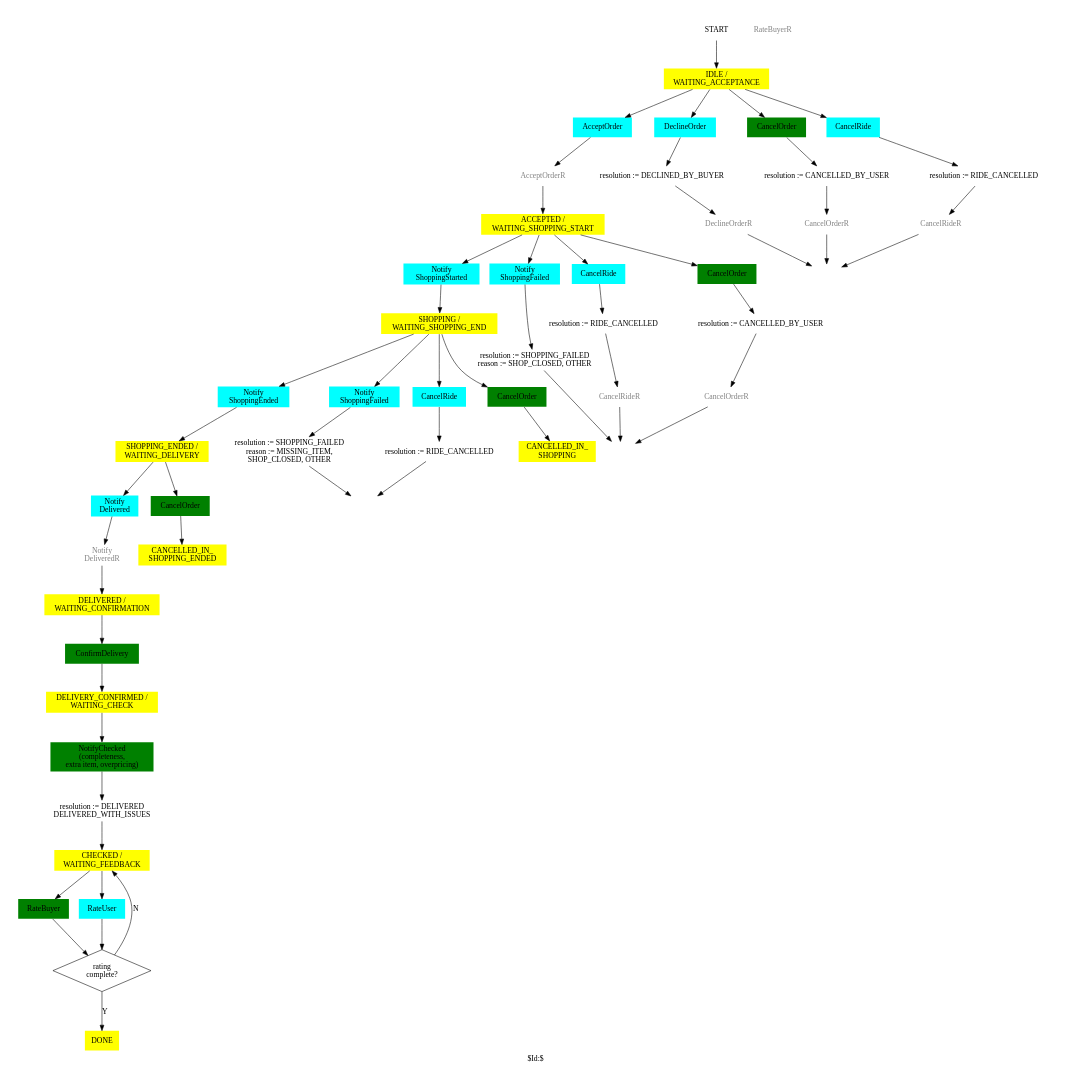
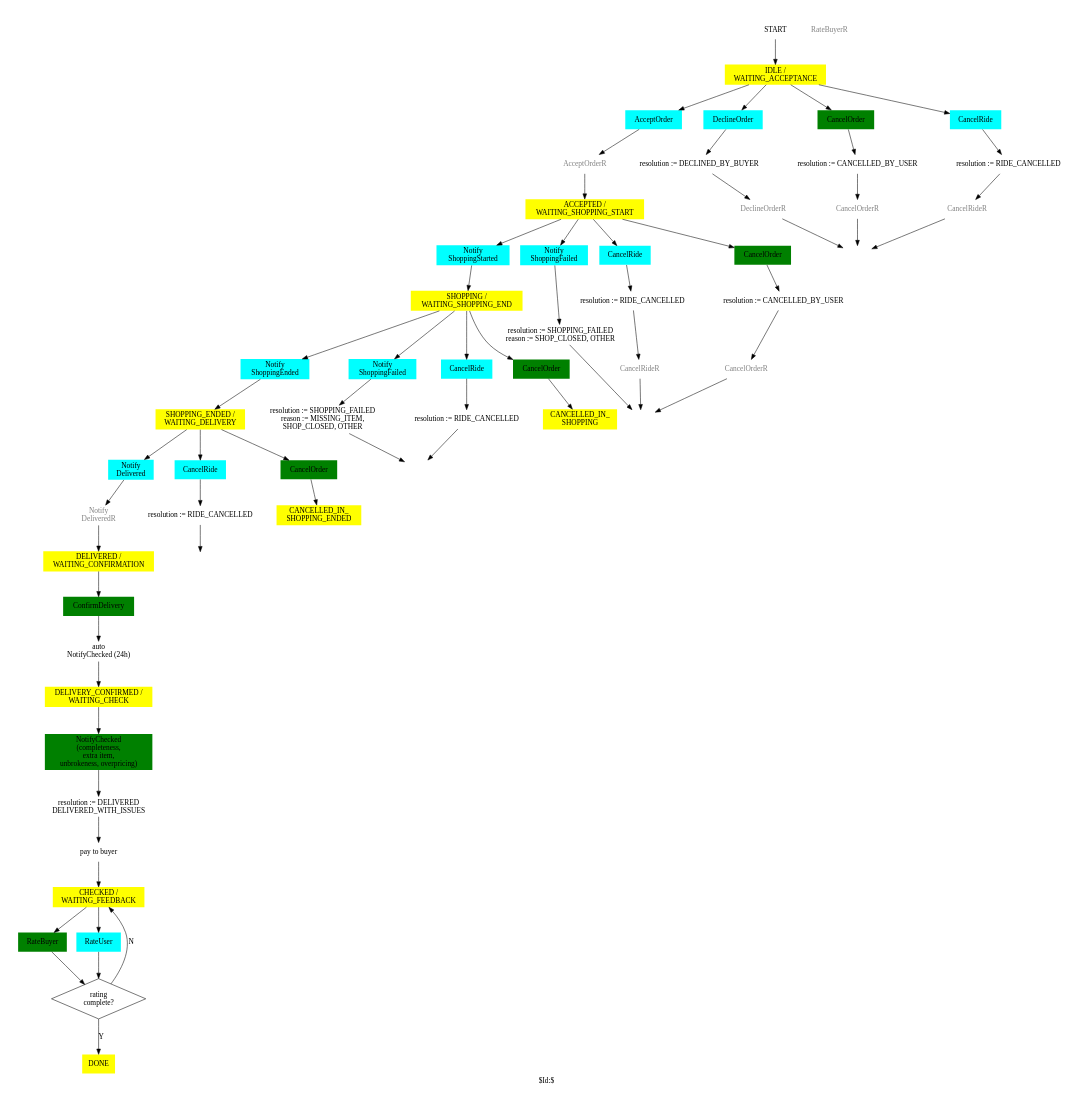
One commit to trodevel/lieferbay_protocol changed the diagram in docs/Order.gv. Above: the diagram before and after it, drawn with Graphviz.

Commit message:
DOC: intermediate results

```diff
--- a/docs/Order.gv
+++ b/docs/Order.gv
@@ -1,134 +1,140 @@
 # Order FSM.
 #
 # Copyright (C) 2019 Sergey Kolevatov
 #
 # This program is free software: you can redistribute it and/or modify
 # it under the terms of the GNU General Public License as published by
 # the Free Software Foundation, either version 3 of the License, or
 # (at your option) any later version.
 #
 # This program is distributed in the hope that it will be useful,
 # but WITHOUT ANY WARRANTY; without even the implied warranty of
 # MERCHANTABILITY or FITNESS FOR A PARTICULAR PURPOSE. See the
 # GNU General Public License for more details.
 #
 # You should have received a copy of the GNU General Public License
 # along with this program. If not, see <http://www.gnu.org/licenses/>.
 #
 # SKV 19a31
 #
 # $Id:$
 #
 # execute: FL=Order; dot -l sdl.ps -Tps $FL.gv -o $FL.ps; ps2pdf $FL.ps $FL.pdf
 
 digraph Order
 {
 
 label="$Id:$";
 
 size="7,7";
 ratio=fill;
 splines=true;
 node [peripheries=0 style=filled fillcolor=white]
 
 ######################################################
 # states
 
 START                           [ shape = sdl_start ]
 WAITING_ACCEPTANCE              [ label = "IDLE /\nWAITING_ACCEPTANCE"            shape = sdl_state fillcolor=yellow ]
 ACCEPTED_WAITING_SHOPPING_START [ label = "ACCEPTED /\nWAITING_SHOPPING_START"    shape = sdl_state fillcolor=yellow ]
 SHOPPING_WAITING_SHOPPING_END   [ label = "SHOPPING /\nWAITING_SHOPPING_END"      shape = sdl_state fillcolor=yellow ]
 CANCELLED_IN_SHOPPING           [ label = "CANCELLED_IN_\nSHOPPING"               shape = sdl_state fillcolor=yellow ]
 SHOPPING_ENDED_WAITING_DELIVERY [ label = "SHOPPING_ENDED /\nWAITING_DELIVERY"    shape = sdl_state fillcolor=yellow ]
 CANCELLED_IN_SHOPPING_ENDED     [ label = "CANCELLED_IN_\nSHOPPING_ENDED"         shape = sdl_state fillcolor=yellow ]
 DELIVERED_WAITING_CONFIRMATION  [ label = "DELIVERED /\nWAITING_CONFIRMATION"     shape = sdl_state fillcolor=yellow ]
 DELIVERY_CONFIRMED_WAITING_CHECK [ label = "DELIVERY_CONFIRMED /\nWAITING_CHECK"   shape = sdl_state fillcolor=yellow ]
 CHECKED_WAITING_FEEDBACK        [ label = "CHECKED /\nWAITING_FEEDBACK"           shape = sdl_state fillcolor=yellow ]
 END                             [ label = ""                              shape = sdl_stop  style=solid ]
 DONE                            [ label = "DONE"                                  shape = sdl_state fillcolor=yellow ]
 
 ######################################################
 # actions
 
 WAITING_ACCEPTANCE__ACCEPT_ORDER            [ label="AcceptOrder"                       shape = sdl_input_from_right fillcolor=cyan ]
 WAITING_ACCEPTANCE__SEND_ACCEPT_ORDER       [ label="AcceptOrderR"                      shape = sdl_output_to_right  color=gray fontcolor=gray ]
 WAITING_ACCEPTANCE__DECLINE_ORDER           [ label="DeclineOrder"                      shape = sdl_input_from_right fillcolor=cyan ]
 WAITING_ACCEPTANCE__SEND_DECLINE_ORDER      [ label="DeclineOrderR"                     shape = sdl_output_to_right  color=gray fontcolor=gray ]
 WAITING_ACCEPTANCE__CANCEL_ORDER            [ label="CancelOrder"                       shape = sdl_input_from_left  fillcolor=green ]
 WAITING_ACCEPTANCE__SEND_CANCEL_ORDER       [ label="CancelOrderR"                      shape = sdl_output_to_left   color=gray fontcolor=gray ]
 WAITING_ACCEPTANCE__CANCEL_RIDE             [ label="CancelRide"                        shape = sdl_input_from_right fillcolor=cyan ]
 WAITING_ACCEPTANCE__SEND_CANCEL_RIDE        [ label="CancelRideR"                       shape = sdl_output_to_right  color=gray fontcolor=gray ]
 WAITING_ACCEPTANCE__RESOL_1                 [ label="resolution := CANCELLED_BY_USER"   shape = sdl_task ]
 WAITING_ACCEPTANCE__RESOL_2                 [ label="resolution := DECLINED_BY_BUYER" shape = sdl_task ]
 WAITING_ACCEPTANCE__RESOL_3                 [ label="resolution := RIDE_CANCELLED"      shape = sdl_task ]
 
 ACCEPTED_WAITING_SHOPPING_START__SHOPPING_STARTED [ label="Notify\nShoppingStarted"           shape = sdl_input_from_right fillcolor=cyan ]
 ACCEPTED_WAITING_SHOPPING_START__SHOPPING_FAILED  [ label="Notify\nShoppingFailed"            shape = sdl_input_from_right fillcolor=cyan ]
 ACCEPTED_WAITING_SHOPPING_START__CANCEL_RIDE      [ label="CancelRide"                        shape = sdl_input_from_right fillcolor=cyan ]
 ACCEPTED_WAITING_SHOPPING_START__SEND_CANCEL_RIDE [ label="CancelRideR"                       shape = sdl_output_to_right color=gray fontcolor=gray ]
 ACCEPTED_WAITING_SHOPPING_START__CANCEL_ORDER     [ label="CancelOrder"                       shape = sdl_input_from_left  fillcolor=green ]
 ACCEPTED_WAITING_SHOPPING_START__SEND_CANCEL_ORDER    [ label="CancelOrderR"                  shape = sdl_output_to_left color=gray fontcolor=gray ]
 #ACCEPTED_WAITING_SHOPPING_START__CANCEL_ORDER_2   [ label="CancelOrder"                       shape = sdl_input_from_right fillcolor=cyan ]
 #ACCEPTED_WAITING_SHOPPING_START__SEND_CANCEL_ORDER_2  [ label="CancelOrderR"                  shape = sdl_output_to_right ]
 ACCEPTED_WAITING_SHOPPING_START__RESOL_1          [ label="resolution := RIDE_CANCELLED"      shape = sdl_task ]
 ACCEPTED_WAITING_SHOPPING_START__RESOL_2          [ label="resolution := CANCELLED_BY_USER"   shape = sdl_task ]
 ACCEPTED_WAITING_SHOPPING_START__RESOL_3          [ label="resolution := SHOPPING_FAILED\nreason := SHOP_CLOSED, OTHER"     shape = sdl_task ]
 ACCEPTED_WAITING_SHOPPING_START__END              [ label = ""                                shape = sdl_stop  style=solid ]
 
 
 SHOPPING_WAITING_SHOPPING_END__SHOPPING_ENDED     [ label="Notify\nShoppingEnded"             shape = sdl_input_from_right fillcolor=cyan ]
 SHOPPING_WAITING_SHOPPING_END__SHOPPING_FAILED    [ label="Notify\nShoppingFailed"            shape = sdl_input_from_right fillcolor=cyan ]
 SHOPPING_WAITING_SHOPPING_END__CANCEL_RIDE        [ label="CancelRide"                        shape = sdl_input_from_right fillcolor=cyan ]
 SHOPPING_WAITING_SHOPPING_END__CANCEL_ORDER       [ label="CancelOrder"                       shape = sdl_input_from_left  fillcolor=green ]
 SHOPPING_WAITING_SHOPPING_END__RESOL_1            [ label="resolution := RIDE_CANCELLED"      shape = sdl_task ]
 SHOPPING_WAITING_SHOPPING_END__RESOL_3            [ label="resolution := SHOPPING_FAILED\nreason := MISSING_ITEM,\nSHOP_CLOSED, OTHER"     shape = sdl_task ]
 SHOPPING_WAITING_SHOPPING_END__END                [ label = ""                                shape = sdl_stop  style=solid ]
 
 SHOPPING_ENDED_WAITING_DELIVERY__DELIVERED        [ label="Notify\nDelivered"                 shape = sdl_input_from_right fillcolor=cyan ]
+SHOPPING_ENDED_WAITING_DELIVERY__CANCEL_RIDE      [ label="CancelRide"                        shape = sdl_input_from_right fillcolor=cyan ]
 SHOPPING_ENDED_WAITING_DELIVERY__CANCEL_ORDER     [ label="CancelOrder"                       shape = sdl_input_from_left  fillcolor=green ]
 SHOPPING_ENDED_WAITING_DELIVERY__SEND_DELIVERED   [ label="Notify\nDeliveredR"                shape = sdl_output_to_right  color=gray fontcolor=gray ]
+SHOPPING_ENDED_WAITING_DELIVERY__RESOL_1          [ label="resolution := RIDE_CANCELLED"      shape = sdl_task ]
+SHOPPING_ENDED_WAITING_DELIVERY__END              [ label = ""                                shape = sdl_stop  style=solid ]
 
 DELIVERED_WAITING_CONFIRMATION__CONFIRM           [ label="ConfirmDelivery"                   shape = sdl_input_from_left  fillcolor=green ]
+DELIVERED_WAITING_CONFIRMATION__SET_TIMER         [ label="auto\nNotifyChecked (24h)"         shape = sdl_set ]
 
-DELIVERY_CONFIRMED_WAITING_CHECK__CHECK           [ label="NotifyChecked\n(completeness,\nextra item, overpricing)"   shape = sdl_input_from_left  fillcolor=green ]
+DELIVERY_CONFIRMED_WAITING_CHECK__CHECK           [ label="NotifyChecked\n(completeness,\nextra item,\nunbrokeness, overpricing)"   shape = sdl_input_from_left  fillcolor=green ]
 DELIVERY_CONFIRMED_WAITING_CHECK__RESOL_1         [ label="resolution := DELIVERED\nDELIVERED_WITH_ISSUES"        shape = sdl_task ]
+DELIVERY_CONFIRMED_WAITING_CHECK__CALL_PAY        [ label="pay to buyer"                      shape = sdl_call ]
 
 CHECKED_WAITING_FEEDBACK__RATE_BUYER    [ label="RateBuyer"                        shape = sdl_input_from_left  fillcolor=green ]
 CHECKED_WAITING_FEEDBACK__SEND_RATE_BUYER    [ label="RateBuyerR"                  shape = sdl_output_to_left   color=gray fontcolor=gray ]
 CHECKED_WAITING_FEEDBACK__RATE_USER     [ label="RateUser"                         shape = sdl_input_from_right fillcolor=cyan ]
 CHECKED_WAITING_FEEDBACK__RATING_COMPLETE [ label="rating\ncomplete?"              shape = diamond peripheries=1]
 
 ######################################################
 # transitions
 
 START -> WAITING_ACCEPTANCE
 
 WAITING_ACCEPTANCE -> WAITING_ACCEPTANCE__ACCEPT_ORDER   -> WAITING_ACCEPTANCE__SEND_ACCEPT_ORDER -> ACCEPTED_WAITING_SHOPPING_START
 WAITING_ACCEPTANCE -> WAITING_ACCEPTANCE__CANCEL_ORDER   -> WAITING_ACCEPTANCE__RESOL_1 -> WAITING_ACCEPTANCE__SEND_CANCEL_ORDER  -> END
 WAITING_ACCEPTANCE -> WAITING_ACCEPTANCE__DECLINE_ORDER  -> WAITING_ACCEPTANCE__RESOL_2 -> WAITING_ACCEPTANCE__SEND_DECLINE_ORDER -> END
 WAITING_ACCEPTANCE -> WAITING_ACCEPTANCE__CANCEL_RIDE    -> WAITING_ACCEPTANCE__RESOL_3 -> WAITING_ACCEPTANCE__SEND_CANCEL_RIDE   -> END
 
 ACCEPTED_WAITING_SHOPPING_START -> ACCEPTED_WAITING_SHOPPING_START__CANCEL_RIDE    -> ACCEPTED_WAITING_SHOPPING_START__RESOL_1 -> ACCEPTED_WAITING_SHOPPING_START__SEND_CANCEL_RIDE    -> ACCEPTED_WAITING_SHOPPING_START__END
 ACCEPTED_WAITING_SHOPPING_START -> ACCEPTED_WAITING_SHOPPING_START__CANCEL_ORDER   -> ACCEPTED_WAITING_SHOPPING_START__RESOL_2 -> ACCEPTED_WAITING_SHOPPING_START__SEND_CANCEL_ORDER   -> ACCEPTED_WAITING_SHOPPING_START__END
 
 ACCEPTED_WAITING_SHOPPING_START -> ACCEPTED_WAITING_SHOPPING_START__SHOPPING_STARTED -> SHOPPING_WAITING_SHOPPING_END
 ACCEPTED_WAITING_SHOPPING_START -> ACCEPTED_WAITING_SHOPPING_START__SHOPPING_FAILED  -> ACCEPTED_WAITING_SHOPPING_START__RESOL_3 -> ACCEPTED_WAITING_SHOPPING_START__END
 
 SHOPPING_WAITING_SHOPPING_END -> SHOPPING_WAITING_SHOPPING_END__SHOPPING_ENDED  -> SHOPPING_ENDED_WAITING_DELIVERY
 SHOPPING_WAITING_SHOPPING_END -> SHOPPING_WAITING_SHOPPING_END__CANCEL_RIDE     -> SHOPPING_WAITING_SHOPPING_END__RESOL_1 -> SHOPPING_WAITING_SHOPPING_END__END
 SHOPPING_WAITING_SHOPPING_END -> SHOPPING_WAITING_SHOPPING_END__SHOPPING_FAILED -> SHOPPING_WAITING_SHOPPING_END__RESOL_3 -> SHOPPING_WAITING_SHOPPING_END__END
 SHOPPING_WAITING_SHOPPING_END -> SHOPPING_WAITING_SHOPPING_END__CANCEL_ORDER    -> CANCELLED_IN_SHOPPING
 
+SHOPPING_ENDED_WAITING_DELIVERY -> SHOPPING_ENDED_WAITING_DELIVERY__CANCEL_RIDE    -> SHOPPING_ENDED_WAITING_DELIVERY__RESOL_1 -> SHOPPING_ENDED_WAITING_DELIVERY__END
 SHOPPING_ENDED_WAITING_DELIVERY -> SHOPPING_ENDED_WAITING_DELIVERY__DELIVERED      -> SHOPPING_ENDED_WAITING_DELIVERY__SEND_DELIVERED -> DELIVERED_WAITING_CONFIRMATION
 SHOPPING_ENDED_WAITING_DELIVERY -> SHOPPING_ENDED_WAITING_DELIVERY__CANCEL_ORDER   -> CANCELLED_IN_SHOPPING_ENDED
 
-DELIVERED_WAITING_CONFIRMATION -> DELIVERED_WAITING_CONFIRMATION__CONFIRM  -> DELIVERY_CONFIRMED_WAITING_CHECK
+DELIVERED_WAITING_CONFIRMATION -> DELIVERED_WAITING_CONFIRMATION__CONFIRM  -> DELIVERED_WAITING_CONFIRMATION__SET_TIMER -> DELIVERY_CONFIRMED_WAITING_CHECK
 
-DELIVERY_CONFIRMED_WAITING_CHECK -> DELIVERY_CONFIRMED_WAITING_CHECK__CHECK -> DELIVERY_CONFIRMED_WAITING_CHECK__RESOL_1 -> CHECKED_WAITING_FEEDBACK
+DELIVERY_CONFIRMED_WAITING_CHECK -> DELIVERY_CONFIRMED_WAITING_CHECK__CHECK -> DELIVERY_CONFIRMED_WAITING_CHECK__RESOL_1 -> DELIVERY_CONFIRMED_WAITING_CHECK__CALL_PAY -> CHECKED_WAITING_FEEDBACK
 
 CHECKED_WAITING_FEEDBACK -> CHECKED_WAITING_FEEDBACK__RATE_BUYER -> CHECKED_WAITING_FEEDBACK__RATING_COMPLETE
 CHECKED_WAITING_FEEDBACK -> CHECKED_WAITING_FEEDBACK__RATE_USER  -> CHECKED_WAITING_FEEDBACK__RATING_COMPLETE
                                                                                           CHECKED_WAITING_FEEDBACK__RATING_COMPLETE -> DONE [ label="Y" ]
                                                                                           CHECKED_WAITING_FEEDBACK__RATING_COMPLETE -> CHECKED_WAITING_FEEDBACK          [ label="N" ]
 
 }
```
